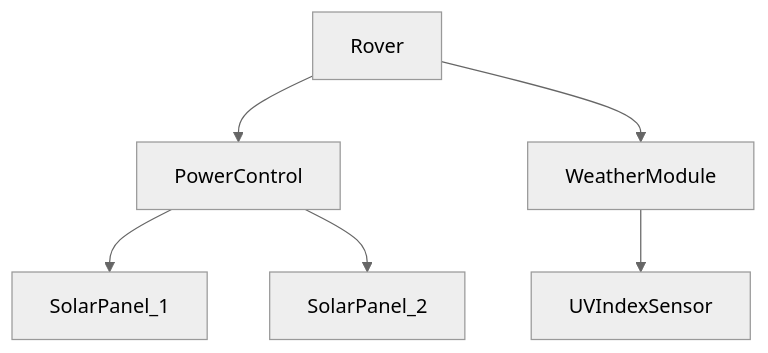
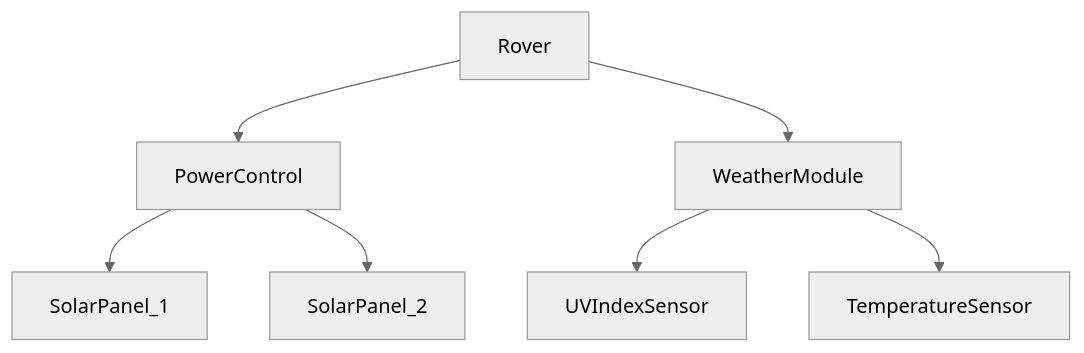
One commit to Nergan123/UAC_rover changed the diagram in README.md. Above: the diagram before and after it, drawn with Mermaid (neutral theme). The commit also changed 8 other files, not shown here.

````diff
--- a/README.md
+++ b/README.md
@@ -16,8 +16,9 @@
 ```mermaid
 graph TD
 Rover-->PowerControl;
 Rover-->WeatherModule;
-WeatherModule-->UVIndexSensor
+WeatherModule-->UVIndexSensor; 
+WeatherModule-->TemperatureSensor;
 PowerControl-->SolarPanel_1;
 PowerControl-->SolarPanel_2;
 ```
````
